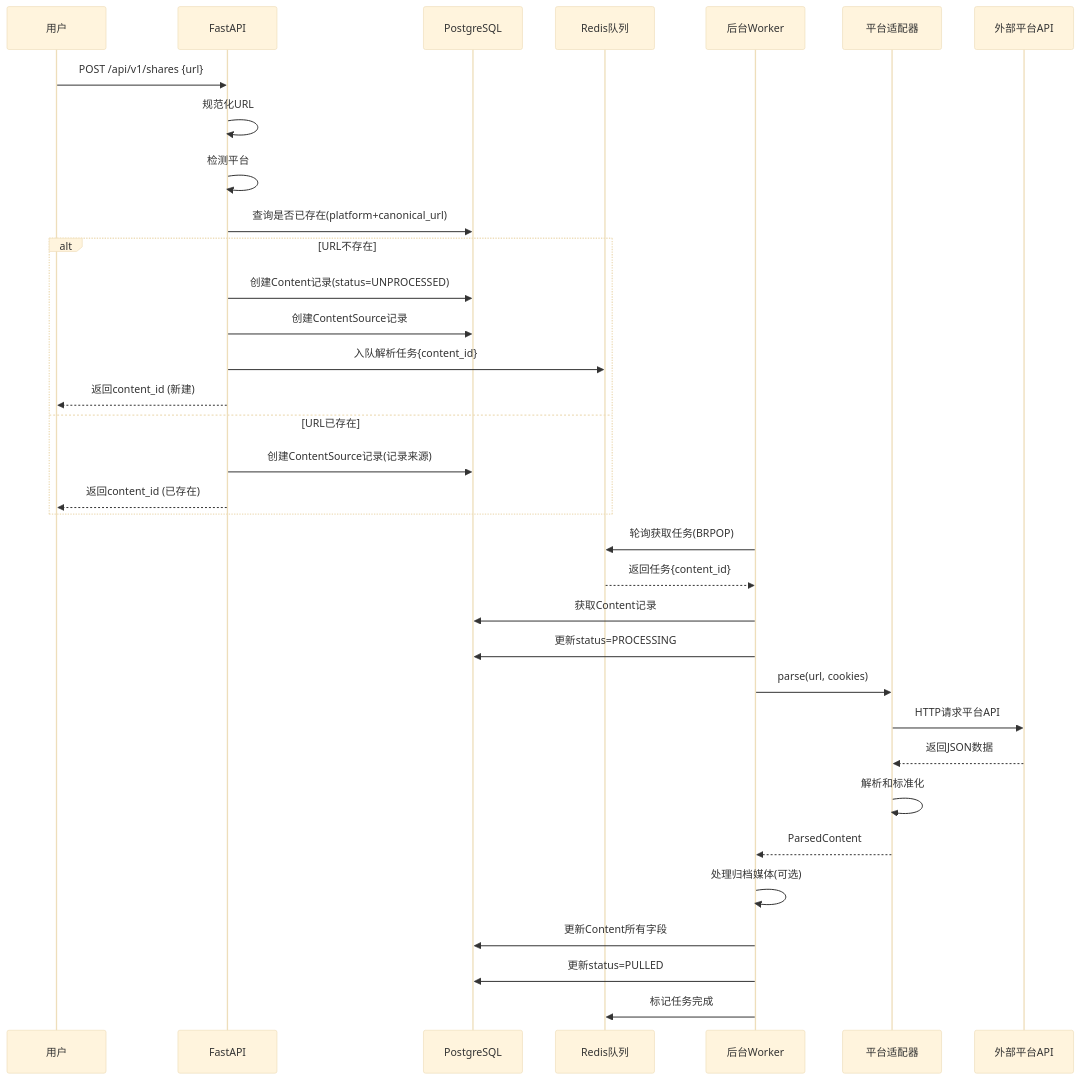
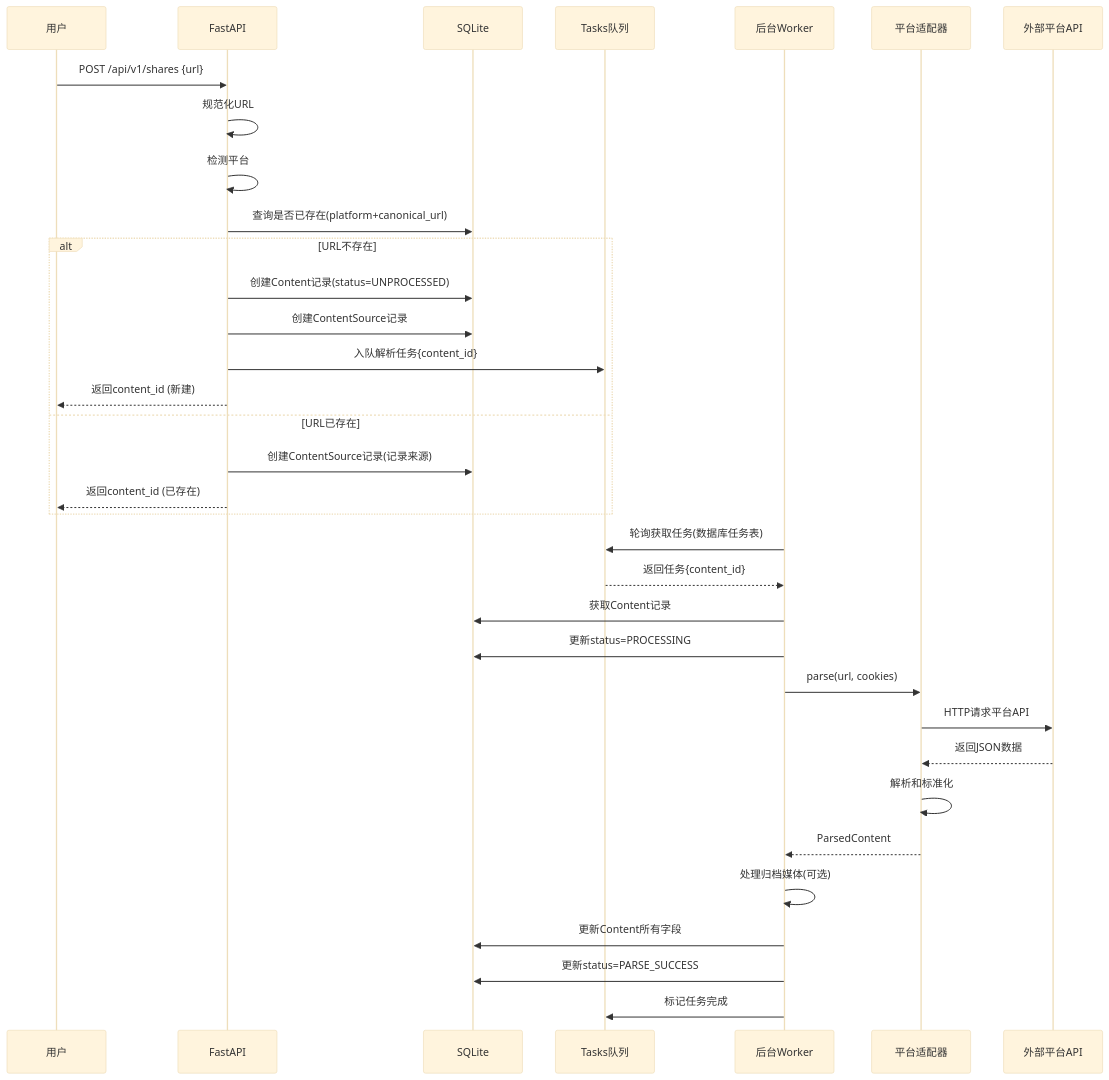
One commit to ienone/VaultStream changed the diagram in docs/WORKFLOWS.md. Above: the diagram before and after it, drawn with Mermaid (base theme). The commit also changed other lines of this file and 6 other files, not shown here.

````diff
--- a/docs/WORKFLOWS.md
+++ b/docs/WORKFLOWS.md
@@ -34,40 +34,40 @@
 ```mermaid
 sequenceDiagram
     participant User as 用户
     participant API as FastAPI
-    participant DB as PostgreSQL
-    participant Queue as Redis队列
+    participant DB as SQLite
+    participant Queue as Tasks队列
     participant Worker as 后台Worker
     participant Adapter as 平台适配器
     participant Platform as 外部平台API
 
     User->>API: POST /api/v1/shares {url}
     API->>API: 规范化URL
     API->>API: 检测平台
     API->>DB: 查询是否已存在(platform+canonical_url)
     
     alt URL不存在
         API->>DB: 创建Content记录(status=UNPROCESSED)
         API->>DB: 创建ContentSource记录
         API->>Queue: 入队解析任务{content_id}
         API-->>User: 返回content_id (新建)
     else URL已存在
         API->>DB: 创建ContentSource记录(记录来源)
         API-->>User: 返回content_id (已存在)
     end
 
-    Worker->>Queue: 轮询获取任务(BRPOP)
+    Worker->>Queue: 轮询获取任务(数据库任务表)
     Queue-->>Worker: 返回任务{content_id}
     Worker->>DB: 获取Content记录
     Worker->>DB: 更新status=PROCESSING
     Worker->>Adapter: parse(url, cookies)
     Adapter->>Platform: HTTP请求平台API
     Platform-->>Adapter: 返回JSON数据
     Adapter->>Adapter: 解析和标准化
     Adapter-->>Worker: ParsedContent
     
     Worker->>Worker: 处理归档媒体(可选)
     Worker->>DB: 更新Content所有字段
-    Worker->>DB: 更新status=PULLED
+    Worker->>DB: 更新status=PARSE_SUCCESS
     Worker->>Queue: 标记任务完成
 ```
````
